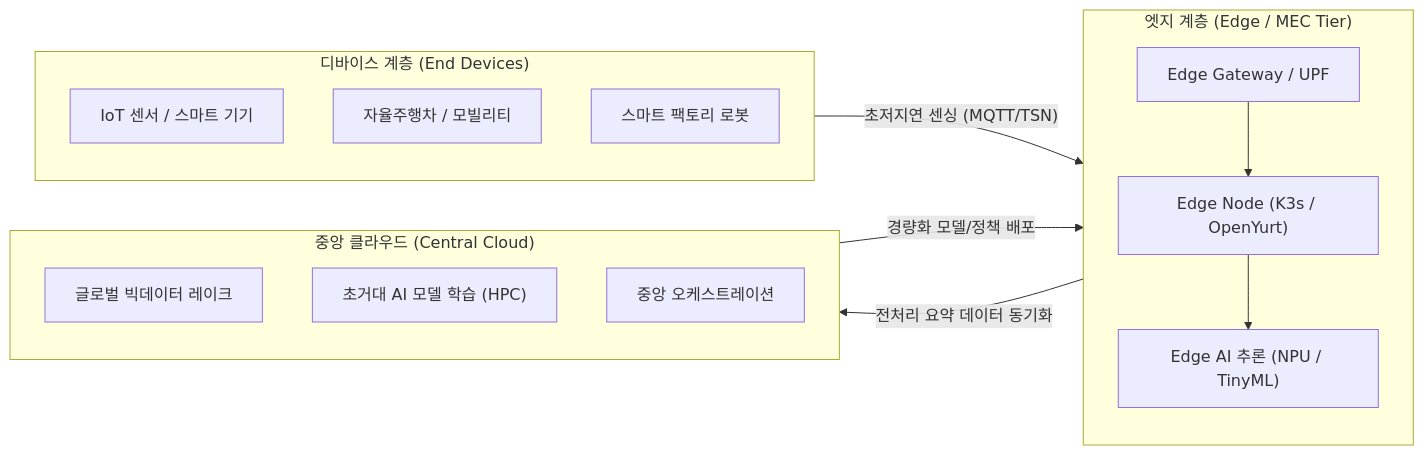
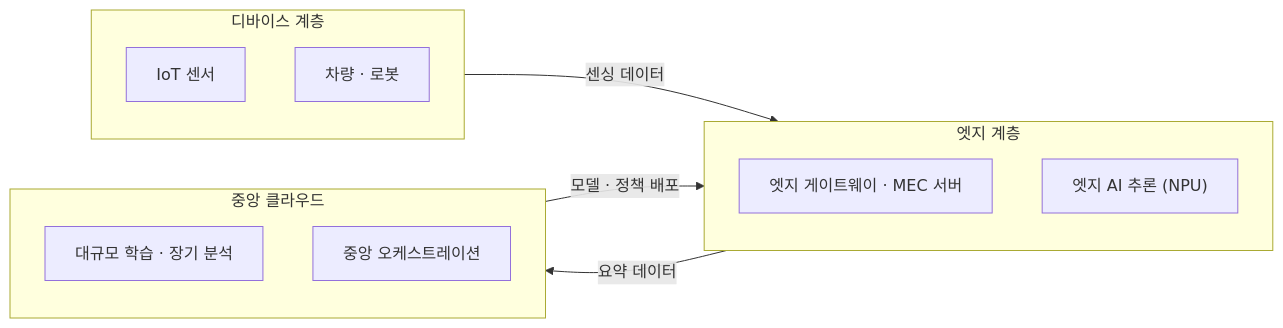
One commit to supremethumb/supremethumb.github.io changed the diagram in content/01_IT Tech/EDGE.md. Above: the diagram before and after it, drawn with Mermaid. The commit also changed other lines of this file and 1087 other files, not shown here.

````diff
--- a/content/01_IT Tech/EDGE.md
+++ b/content/01_IT Tech/EDGE.md
@@ -21,25 +37,21 @@
 ```mermaid
-graph LR
-    subgraph DeviceLayer ["디바이스 계층 (End Devices)"]
-        D1["IoT 센서 / 스마트 기기"]
-        D2["자율주행차 / 모빌리티"]
-        D3["스마트 팩토리 로봇"]
+flowchart LR
+    subgraph DEV["디바이스 계층"]
+        direction TB
+        D1["IoT 센서"]
+        D2["차량 · 로봇"]
     end
-
-    subgraph EdgeLayer ["엣지 계층 (Edge / MEC Tier)"]
-        E1["Edge Gateway / UPF"]
-        E2["Edge Node (K3s / OpenYurt)"]
-        E3["Edge AI 추론 (NPU / TinyML)"]
-        E1 --> E2 --> E3
+    subgraph EDGE["엣지 계층"]
+        direction TB
+        E1["엣지 게이트웨이 · MEC 서버"]
+        E2["엣지 AI 추론 (NPU)"]
     end
-
-    subgraph CloudLayer ["중앙 클라우드 (Central Cloud)"]
-        C1["글로벌 빅데이터 레이크"]
-        C2["초거대 AI 모델 학습 (HPC)"]
-        C3["중앙 오케스트레이션"]
+    subgraph CLOUD["중앙 클라우드"]
+        direction TB
+        C1["대규모 학습 · 장기 분석"]
+        C2["중앙 오케스트레이션"]
     end
-
-    DeviceLayer -- "초저지연 센싱 (MQTT/TSN)" --> EdgeLayer
-    EdgeLayer -- "전처리 요약 데이터 동기화" --> CloudLayer
-    CloudLayer -- "경량화 모델/정책 배포" --> EdgeLayer
+    DEV -- "센싱 데이터" --> EDGE
+    EDGE -- "요약 데이터" --> CLOUD
+    CLOUD -- "모델 · 정책 배포" --> EDGE
 ```
````
